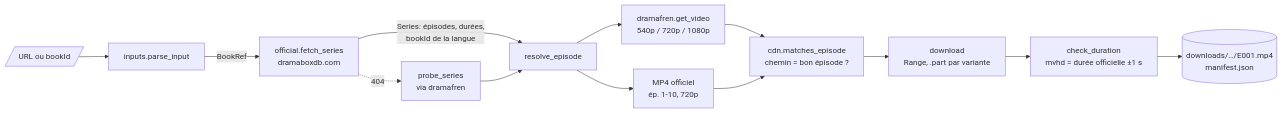
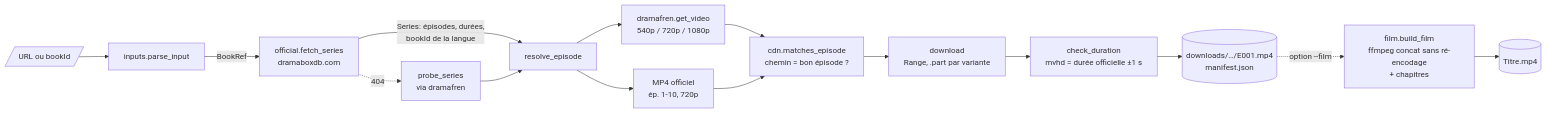
Before and after one commit to noazzouzi/ShortDramaGen: the first of 2 diagrams in docs/02-architecture.md, drawn with Mermaid. The commit also changed other lines of this file and 9 other files, not shown here.

````diff
--- a/docs/02-architecture.md
+++ b/docs/02-architecture.md
@@ -20,14 +20,16 @@
 ```mermaid
 flowchart LR
     IN[/"URL ou bookId"/] --> P[inputs.parse_input]
     P -->|BookRef| M[official.fetch_series<br/>dramaboxdb.com]
     M -->|Series: épisodes, durées,<br/>bookId de la langue| R[resolve_episode]
     M -. 404 .-> PR[probe_series<br/>via dramafren]
     PR --> R
     R --> R1[dramafren.get_video<br/>540p / 720p / 1080p]
     R --> R2[MP4 officiel<br/>ép. 1-10, 720p]
     R1 & R2 --> V[cdn.matches_episode<br/>chemin = bon épisode ?]
     V --> D[download<br/>Range, .part par variante]
     D --> C[check_duration<br/>mvhd = durée officielle ±1 s]
     C --> S[(downloads/…/E001.mp4<br/>manifest.json)]
+    S -. option --film .-> F[film.build_film<br/>ffmpeg concat sans ré-encodage<br/>+ chapitres]
+    F --> FM[(Titre.mp4)]
 ```
````
